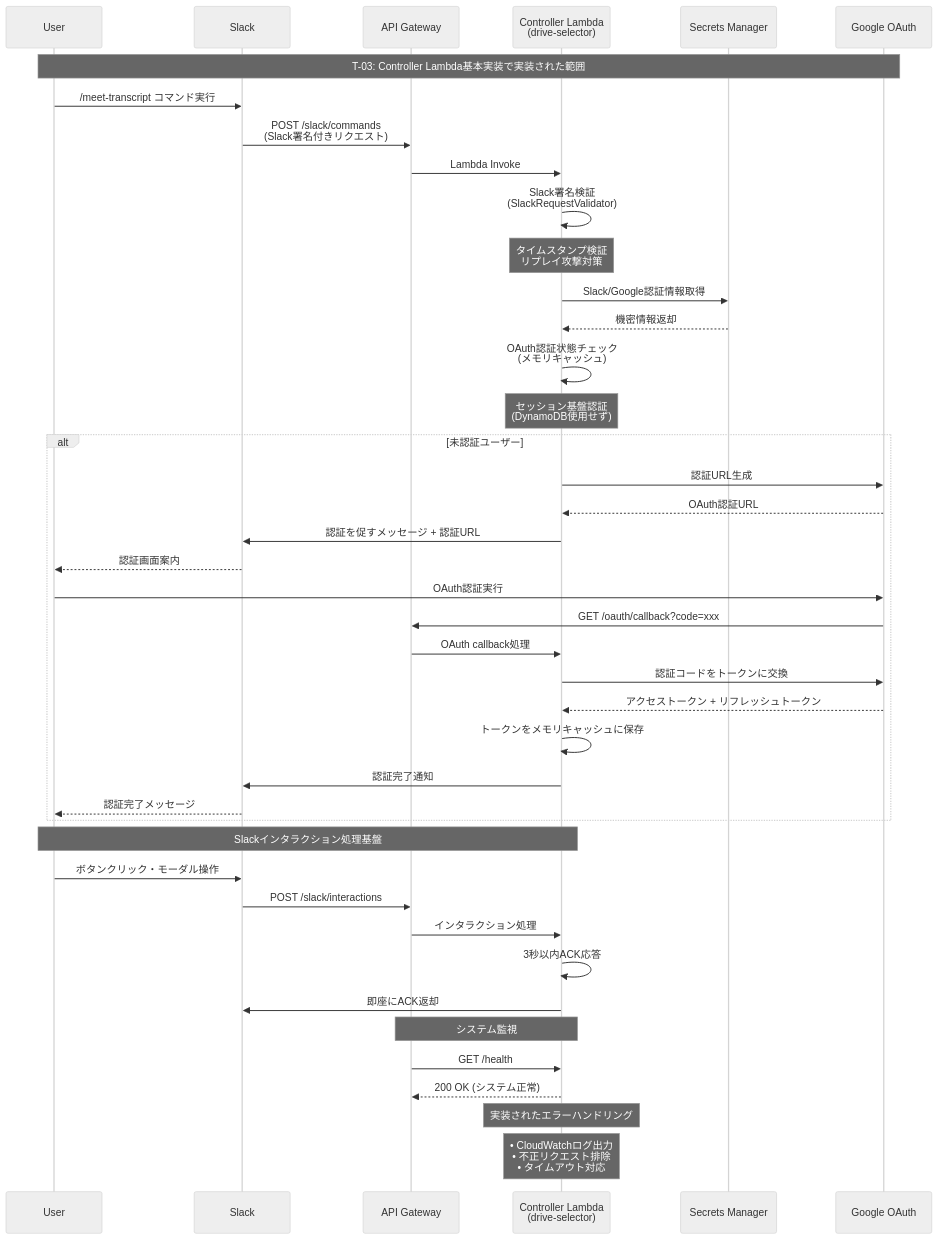
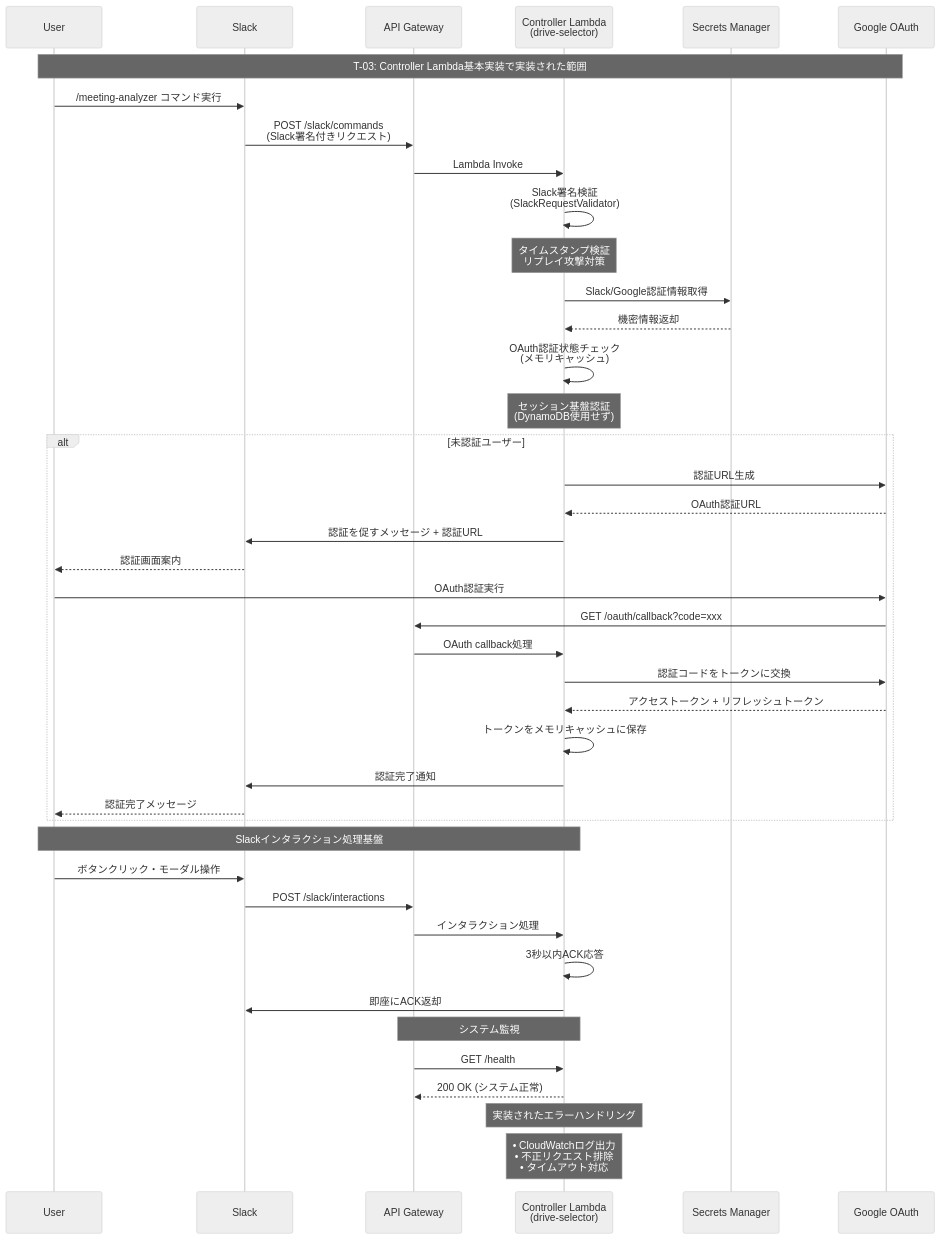
Before and after one commit to PenPeen/minutes-analyzer: the first of 2 diagrams in docs/controller-lambda-sequence.md, drawn with Mermaid (neutral theme). The commit also changed other lines of this file and 13 other files, not shown here.

````diff
--- a/docs/controller-lambda-sequence.md
+++ b/docs/controller-lambda-sequence.md
@@ -7,63 +7,63 @@
 ```mermaid
 sequenceDiagram
     participant U as User
     participant S as Slack
     participant AG as API Gateway
     participant CL as Controller Lambda<br/>(drive-selector)
     participant SM as Secrets Manager
     participant GO as Google OAuth
-    
+
     Note over U,GO: T-03: Controller Lambda基本実装で実装された範囲
-    
+
     %% 1. Slackコマンド実行
-    U->>S: /meet-transcript コマンド実行
+    U->>S: /meeting-analyzer コマンド実行
     S->>AG: POST /slack/commands<br/>(Slack署名付きリクエスト)
     AG->>CL: Lambda Invoke
-    
+
     %% 2. リクエスト検証
     CL->>CL: Slack署名検証<br/>(SlackRequestValidator)
     Note over CL: タイムスタンプ検証<br/>リプレイ攻撃対策
-    
+
     %% 3. 設定情報取得
     CL->>SM: Slack/Google認証情報取得
     SM-->>CL: 機密情報返却
-    
+
     %% 4. 認証状態確認
     CL->>CL: OAuth認証状態チェック<br/>(メモリキャッシュ)
     Note over CL: セッション基盤認証<br/>(DynamoDB使用せず)
-    
+
     %% 5. 未認証の場合
     alt 未認証ユーザー
         CL->>GO: 認証URL生成
         GO-->>CL: OAuth認証URL
         CL->>S: 認証を促すメッセージ + 認証URL
         S-->>U: 認証画面案内
-        
+
         %% 6. OAuth認証フロー
         U->>GO: OAuth認証実行
         GO->>AG: GET /oauth/callback?code=xxx
         AG->>CL: OAuth callback処理
         CL->>GO: 認証コードをトークンに交換
         GO-->>CL: アクセストークン + リフレッシュトークン
         CL->>CL: トークンをメモリキャッシュに保存
         CL->>S: 認証完了通知
         S-->>U: 認証完了メッセージ
     end
-    
+
     %% 7. インタラクション処理基盤
     Note over U,CL: Slackインタラクション処理基盤
     U->>S: ボタンクリック・モーダル操作
     S->>AG: POST /slack/interactions
     AG->>CL: インタラクション処理
     CL->>CL: 3秒以内ACK応答
     CL->>S: 即座にACK返却
-    
+
     %% 8. ヘルスチェック
     Note over AG,CL: システム監視
     AG->>CL: GET /health
     CL-->>AG: 200 OK (システム正常)
-    
+
     %% エラーハンドリング
     Note over CL: 実装されたエラーハンドリング
     Note over CL: • CloudWatchログ出力<br/>• 不正リクエスト排除<br/>• タイムアウト対応
 ```
````
